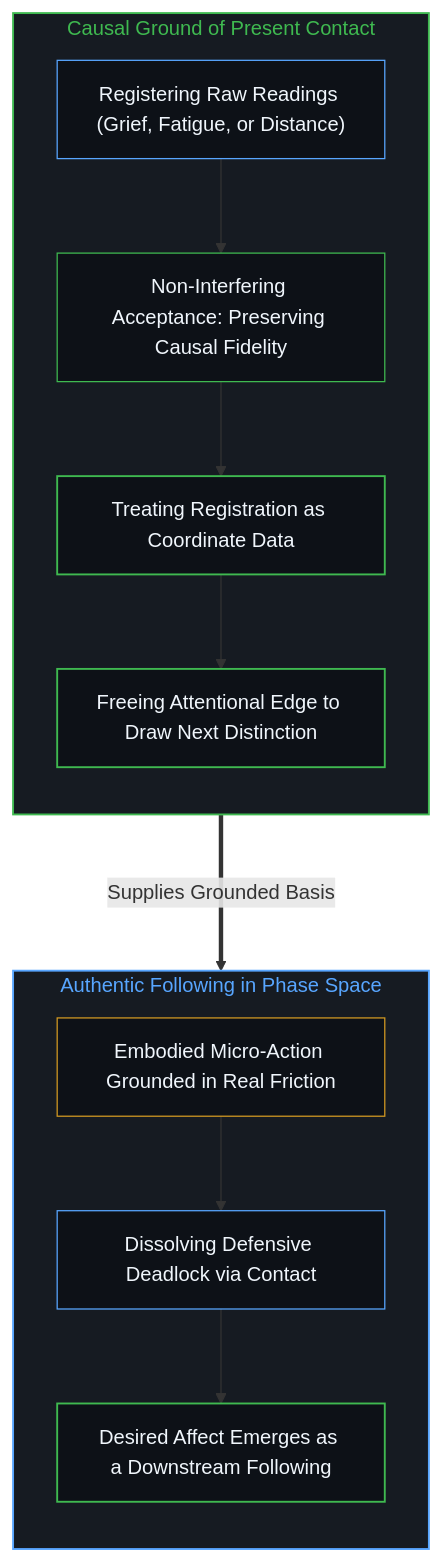
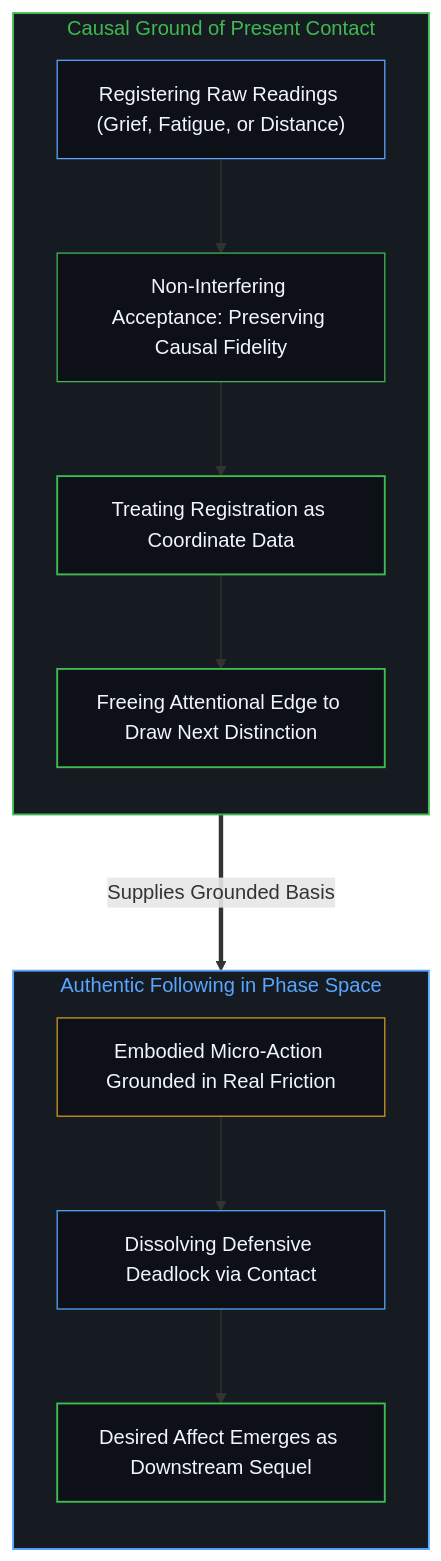
One commit to powerpig99/not-a-toe changed the fourth of 6 diagrams in content/posts/present-contact-and-the-obscuration-of-desired-feeling.md. Above: the diagram before and after it, drawn with Mermaid. The commit also changed other lines of this file and 3 other files, not shown here.

````diff
--- a/content/posts/present-contact-and-the-obscuration-of-desired-feeling.md
+++ b/content/posts/present-contact-and-the-obscuration-of-desired-feeling.md
@@ -109,27 +109,27 @@
 ```mermaid
 graph TD
     subgraph S_Contact_EN ["Causal Ground of Present Contact"]
         direction TB
         CE_Raw["Registering Raw Readings (Grief, Fatigue, or Distance)"] --> CE_Discipline["Non-Interfering Acceptance: Preserving Causal Fidelity"]
         CE_Discipline --> CE_Data["Treating Registration as Coordinate Data"]
         CE_Data --> CE_Open["Freeing Attentional Edge to Draw Next Distinction"]
     end
 
     subgraph S_Following_EN ["Authentic Following in Phase Space"]
         direction TB
         FE_Friction["Embodied Micro-Action Grounded in Real Friction"] --> FE_Resonance["Dissolving Defensive Deadlock via Contact"]
-        FE_Resonance --> FE_Emergence["Desired Affect Emerges as a Downstream Following"]
+        FE_Resonance --> FE_Emergence["Desired Affect Emerges as Downstream Sequel"]
     end
 
     CE_Open ===>|"Supplies Grounded Basis"| FE_Friction
 
     style S_Contact_EN fill:#161b22,stroke:#3fb950,stroke-width:1.5px,color:#3fb950
     style S_Following_EN fill:#161b22,stroke:#58a6ff,stroke-width:1.5px,color:#58a6ff
     style CE_Raw fill:#0d1117,stroke:#58a6ff,stroke-width:1px,color:#f0f6fc
     style CE_Discipline fill:#0d1117,stroke:#3fb950,stroke-width:1px,color:#f0f6fc
     style CE_Data fill:#0d1117,stroke:#3fb950,stroke-width:1.5px,color:#f0f6fc
     style CE_Open fill:#0d1117,stroke:#3fb950,stroke-width:1.5px,color:#f0f6fc
     style FE_Friction fill:#0d1117,stroke:#d29922,stroke-width:1px,color:#f0f6fc
     style FE_Resonance fill:#0d1117,stroke:#58a6ff,stroke-width:1px,color:#f0f6fc
     style FE_Emergence fill:#0d1117,stroke:#3fb950,stroke-width:1.5px,color:#f0f6fc
 ```
````
